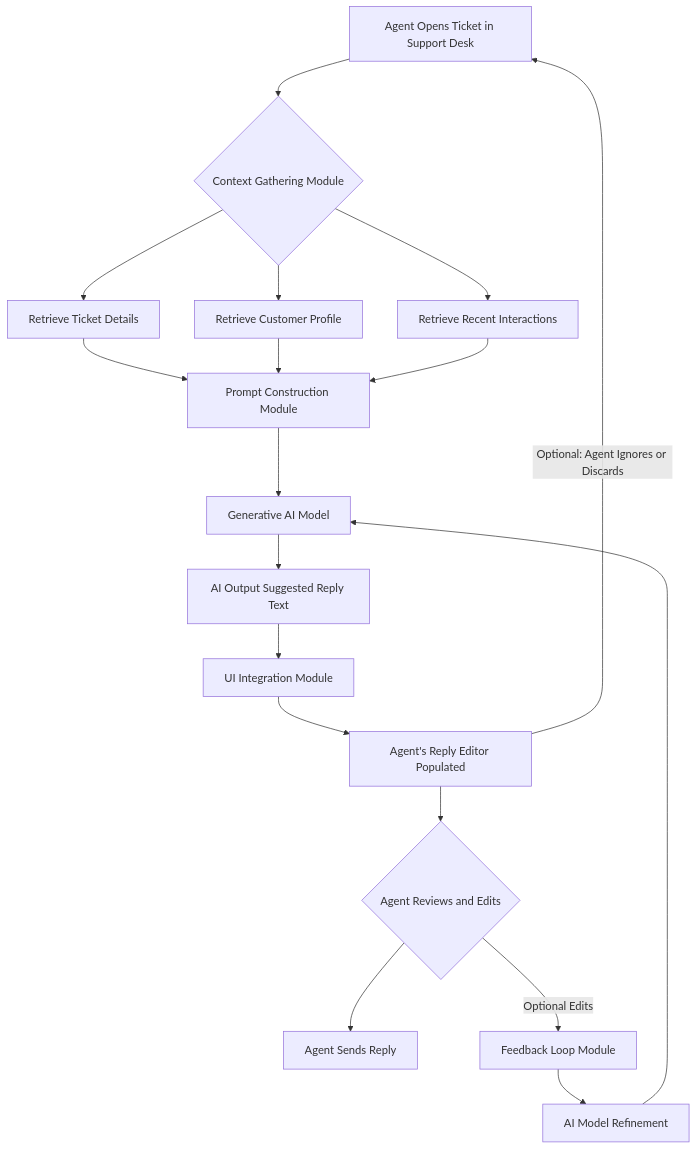
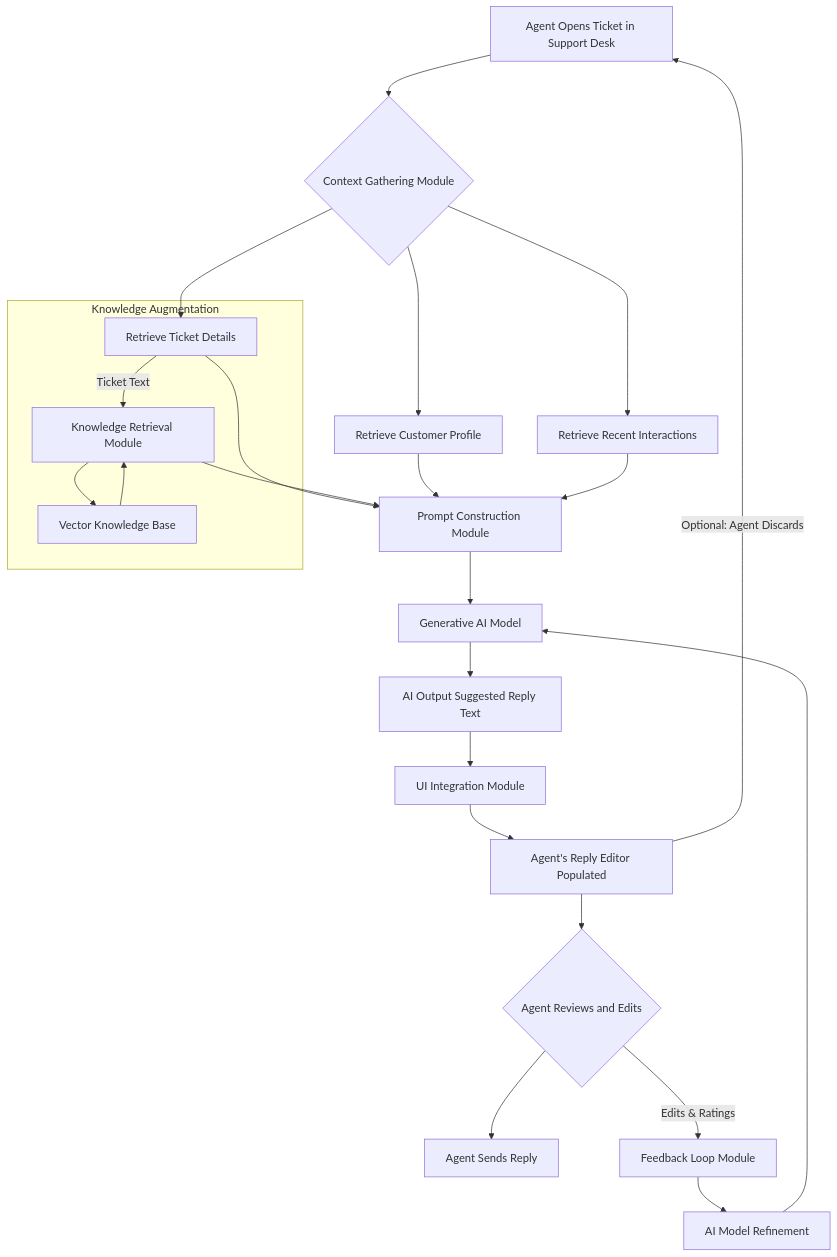
The first of 10 diagrams in inventions/063_ai_support_scripts.md (diplomat-bit/Citibank_Demo_Business_Inc_Demonstration-), drawn with Mermaid before and after one commit. The commit also changed other lines of this file, not shown here.

````diff
--- a/inventions/063_ai_support_scripts.md
+++ b/inventions/063_ai_support_scripts.md
@@ -52,18 +77,23 @@
 ```mermaid
 graph TD
     A[Agent Opens Ticket in Support Desk] --> B{Context Gathering Module};
     B --> C[Retrieve Ticket Details];
     B --> D[Retrieve Customer Profile];
     B --> E[Retrieve Recent Interactions];
-    C & D & E --> F[Prompt Construction Module];
-    F --> G[Generative AI Model];
-    G --> H[AI Output Suggested Reply Text];
-    H --> I[UI Integration Module];
-    I --> J[Agent's Reply Editor Populated];
-    J --> K{Agent Reviews and Edits};
-    K --> L[Agent Sends Reply];
-    K -- Optional Edits --> M[Feedback Loop Module];
-    M --> N[AI Model Refinement];
-    N --> G;
-    J -- Optional: Agent Ignores or Discards --> A;
+    subgraph Knowledge Augmentation
+        C -- Ticket Text --> F_RAG[Knowledge Retrieval Module];
+        F_RAG --> G_VDB[Vector Knowledge Base];
+        G_VDB --> F_RAG;
+    end
+    C & D & E & F_RAG --> H[Prompt Construction Module];
+    H --> I[Generative AI Model];
+    I --> J[AI Output Suggested Reply Text];
+    J --> K[UI Integration Module];
+    K --> L[Agent's Reply Editor Populated];
+    L --> M{Agent Reviews and Edits};
+    M --> N[Agent Sends Reply];
+    M -- Edits & Ratings --> O[Feedback Loop Module];
+    O --> P[AI Model Refinement];
+    P --> I;
+    L -- Optional: Agent Discards --> A;
 ```
````
